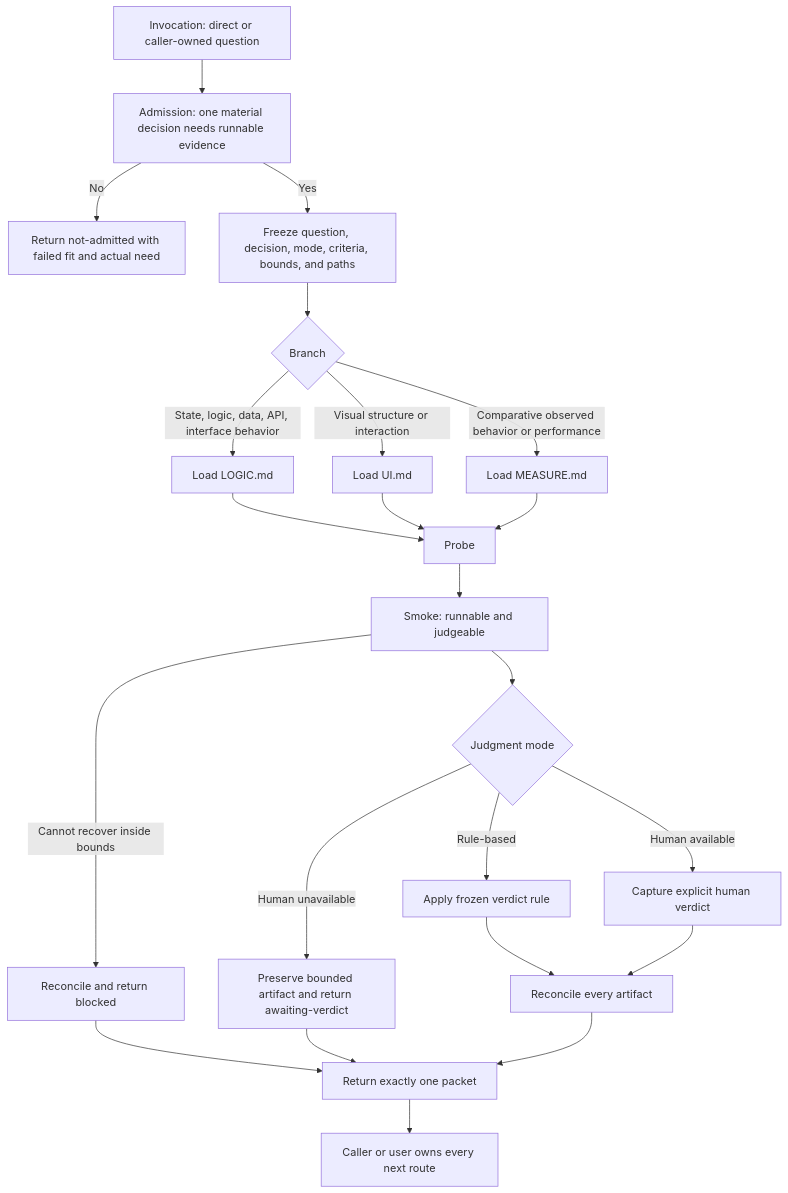
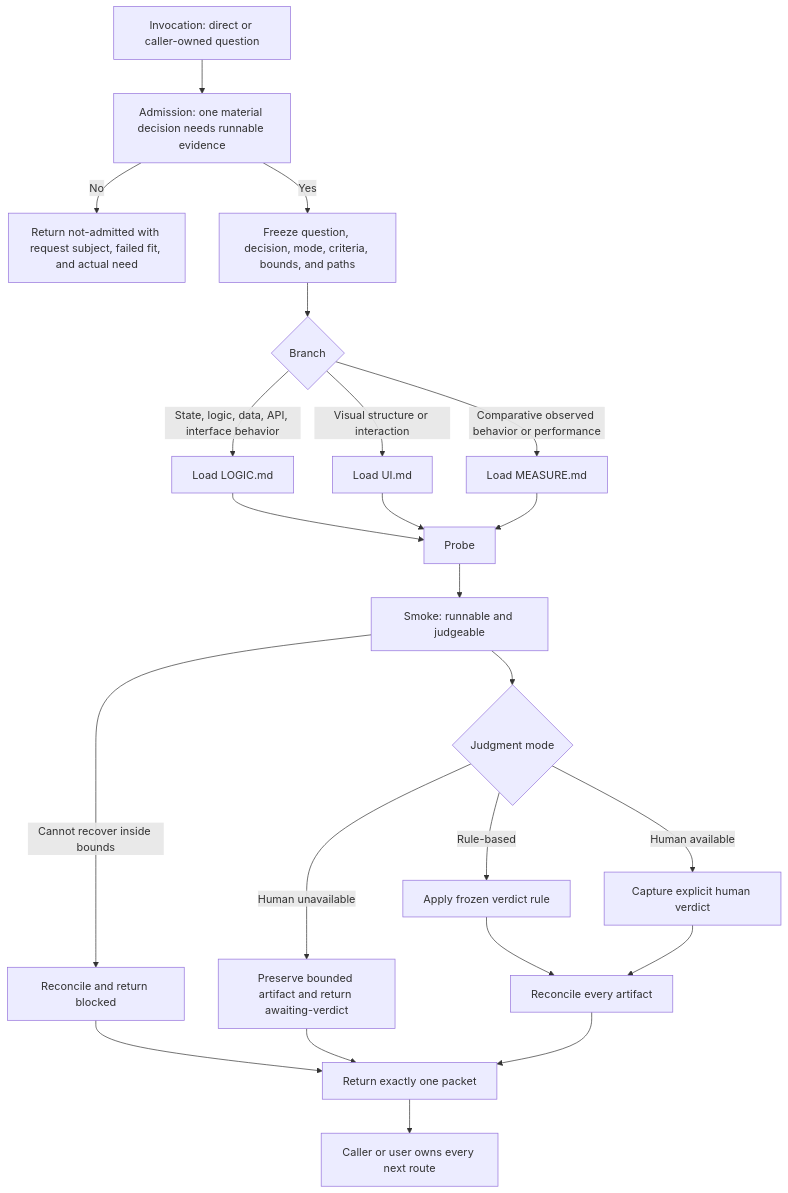
The diagram in docs/synthesis/skills/prototype.md (stevennitesh/programming-agent-skills), drawn with Mermaid before and after one commit. The commit also changed other lines of this file and 12 other files, not shown here.

````diff
--- a/docs/synthesis/skills/prototype.md
+++ b/docs/synthesis/skills/prototype.md
@@ -160,25 +147,25 @@
 ```mermaid
 flowchart TD
     A["Invocation: direct or caller-owned question"] --> B["Admission: one material decision needs runnable evidence"]
-    B -->|"No"| N["Return not-admitted with failed fit and actual need"]
+    B -->|"No"| N["Return not-admitted with request subject, failed fit, and actual need"]
     B -->|"Yes"| C["Freeze question, decision, mode, criteria, bounds, and paths"]
     C --> D{"Branch"}
     D -->|"State, logic, data, API, interface behavior"| L["Load LOGIC.md"]
     D -->|"Visual structure or interaction"| U["Load UI.md"]
     D -->|"Comparative observed behavior or performance"| M["Load MEASURE.md"]
     L --> P["Probe"]
     U --> P
     M --> P
     P --> S["Smoke: runnable and judgeable"]
     S -->|"Cannot recover inside bounds"| X["Reconcile and return blocked"]
     S --> J{"Judgment mode"}
     J -->|"Rule-based"| O["Apply frozen verdict rule"]
     J -->|"Human available"| H["Capture explicit human verdict"]
     J -->|"Human unavailable"| W["Preserve bounded artifact and return awaiting-verdict"]
     O --> R["Reconcile every artifact"]
     H --> R
     X --> Q["Return exactly one packet"]
     W --> Q
     R --> Q
     Q --> E["Caller or user owns every next route"]
 ```
````
